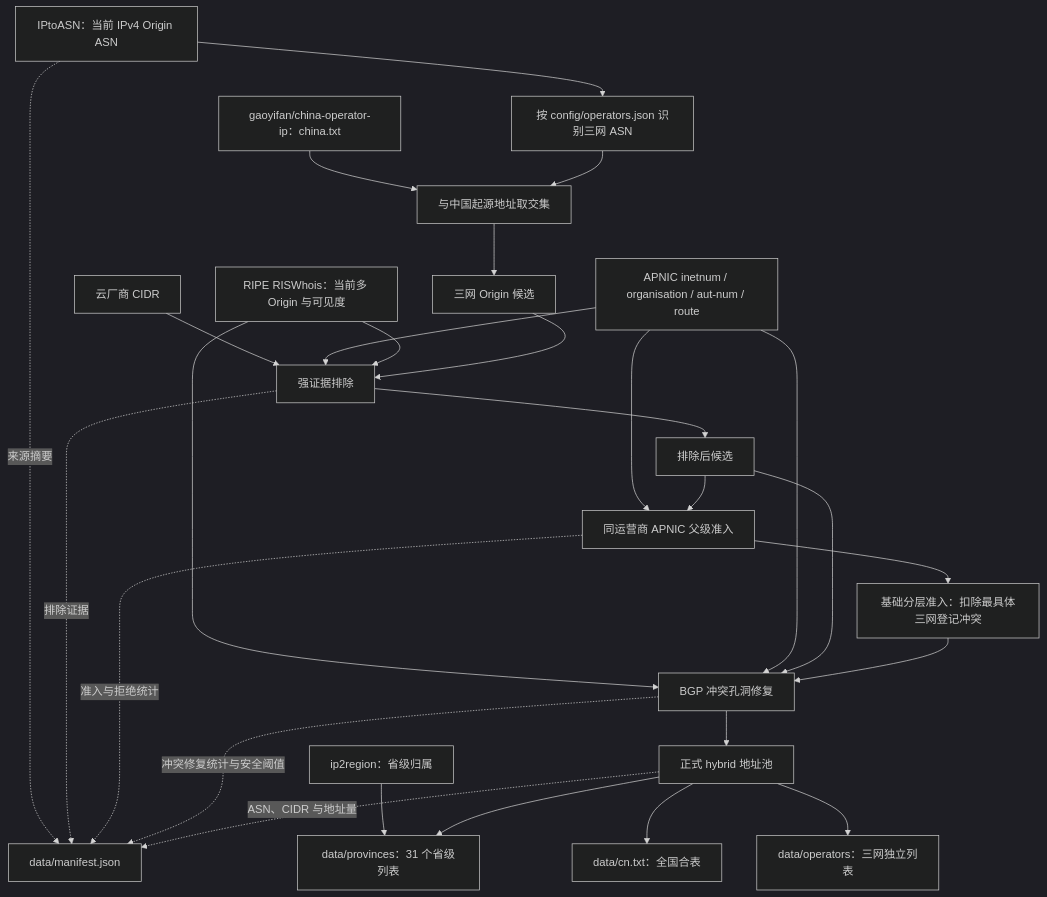
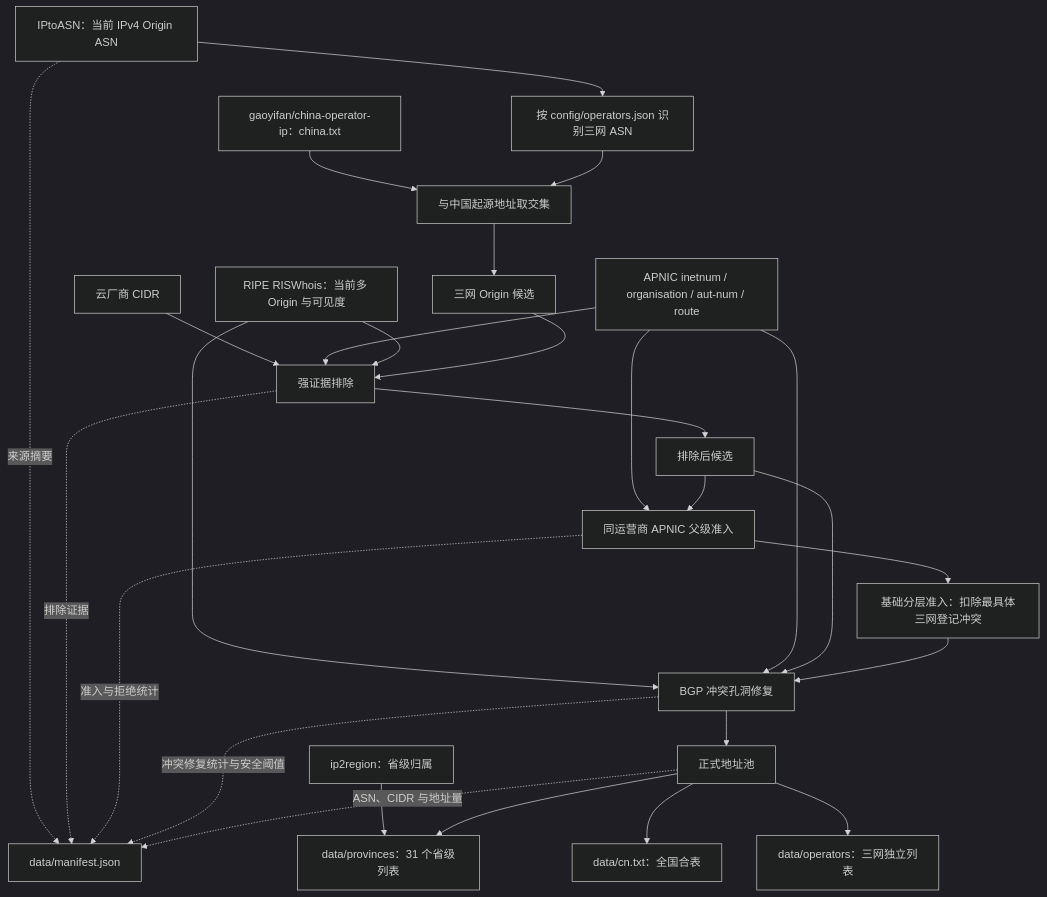
One commit to closur3/cn-eyeball-prefixes changed the diagram in README.md. Above: the diagram before and after it, drawn with Mermaid (dark theme). The commit also changed other lines of this file and 7 other files, not shown here.

````diff
--- a/README.md
+++ b/README.md
@@ -23,34 +23,34 @@
 ```mermaid
 flowchart TD
     A["IPtoASN：当前 IPv4 Origin ASN"] --> B["按 config/operators.json 识别三网 ASN"]
     C["gaoyifan/china-operator-ip：china.txt"] --> D["与中国起源地址取交集"]
     B --> D
 
     D --> E["三网 Origin 候选"]
     F["云厂商 CIDR"] --> G["强证据排除"]
     H["APNIC inetnum / organisation / aut-num / route"] --> G
     I["RIPE RISWhois：当前多 Origin 与可见度"] --> G
     E --> G
 
     G --> J["排除后候选"]
     H --> K["同运营商 APNIC 父级准入"]
     J --> K
     K --> L["基础分层准入：扣除最具体三网登记冲突"]
 
     I --> M["BGP 冲突孔洞修复"]
     H --> M
     J --> M
     L --> M
-    M --> N["正式 hybrid 地址池"]
+    M --> N["正式地址池"]
 
     N --> O["data/operators：三网独立列表"]
     N --> P["data/cn.txt：全国合表"]
     Q["ip2region：省级归属"] --> R["data/provinces：31 个省级列表"]
     N --> R
 
     A -. "来源摘要" .-> S["data/manifest.json"]
     G -. "排除证据" .-> S
     K -. "准入与拒绝统计" .-> S
     M -. "冲突修复统计与安全阈值" .-> S
     N -. "ASN、CIDR 与地址量" .-> S
 ```
````
